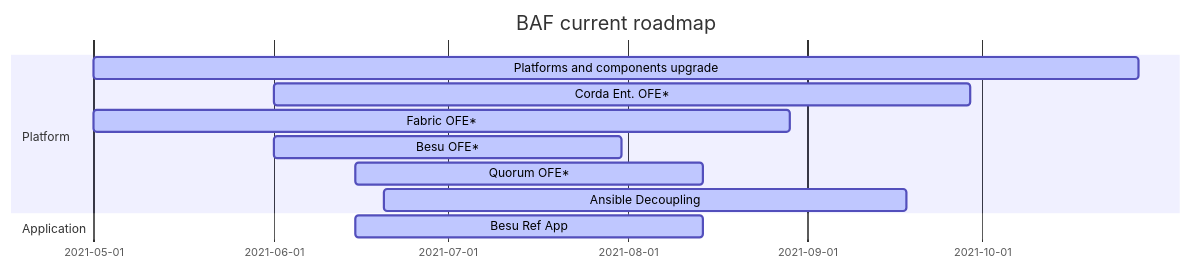
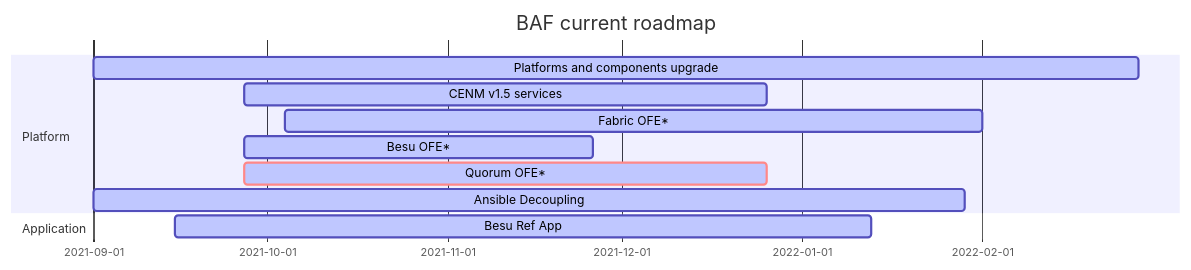
One commit to hyperledger/bevel changed the diagram in docs/source/roadmap.rst. Above: the diagram before and after it, drawn with Mermaid. The commit also changed other lines of this file, not shown here.

Commit message:
update roadmap for post release 0.10.0

```diff
--- a/docs/source/roadmap.rst
+++ b/docs/source/roadmap.rst
@@ -4,14 +4,14 @@
 .. mermaid::
 
    gantt
     title BAF current roadmap
     dateFormat  YY-MM-DD
     section Platform
-    Platforms and components upgrade: active, 21-05-01, 180d
-    Corda Ent. OFE*: active, 21-06-01, 120d
-    Fabric OFE*: active, 21-05-01, 120d
-    Besu OFE*: active, 21-06-01, 60d
-    Quorum OFE*: active, 21-06-15, 60d
-    Ansible Decoupling: active, 21-06-20, 90d
+    Platforms and components upgrade : active, 21-09-01, 180d
+    CENM v1.5 services : active, 21-09-27, 90d
+    Fabric OFE*: active, 21-10-04, 120d
+    Besu OFE*: active, 21-09-27, 60d
+    Quorum OFE*: active,crit, 21-09-27, 90d
+    Ansible Decoupling: active, 21-09-01, 150d
     section Application
-    Besu Ref App: active, 21-06-15, 60d
+    Besu Ref App: active, 21-09-15, 120d
```
